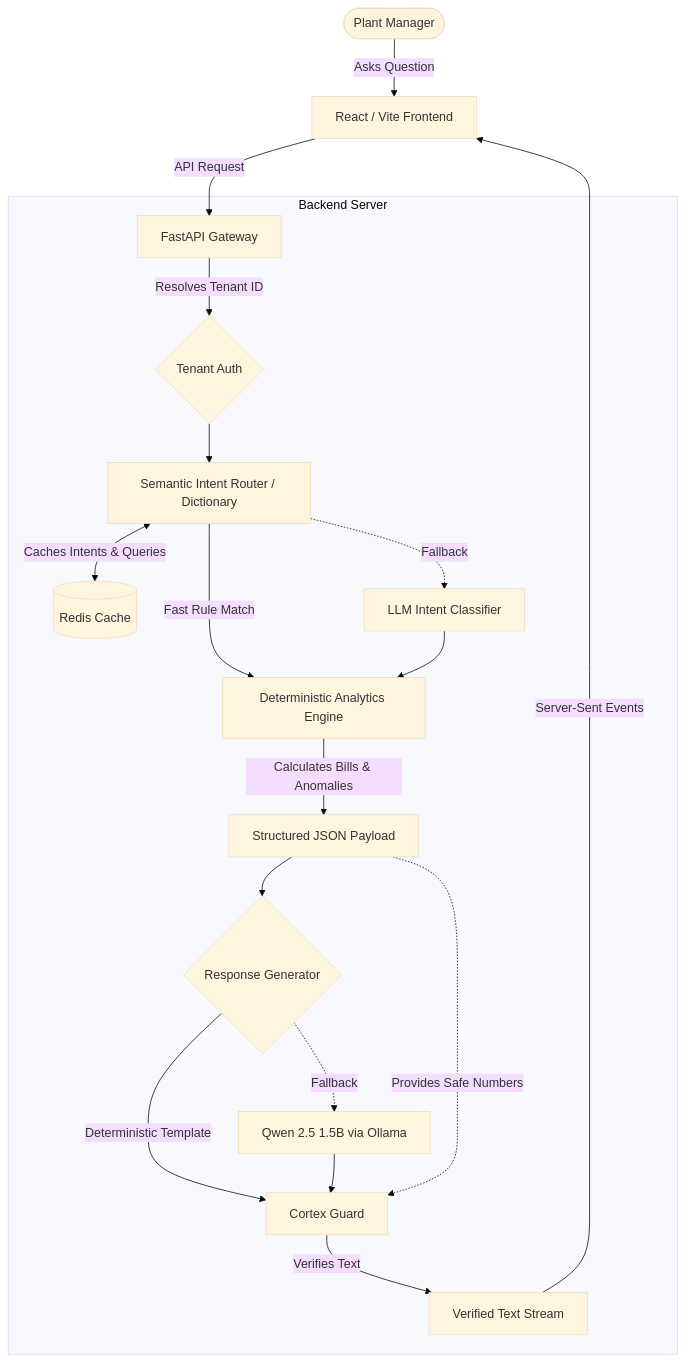
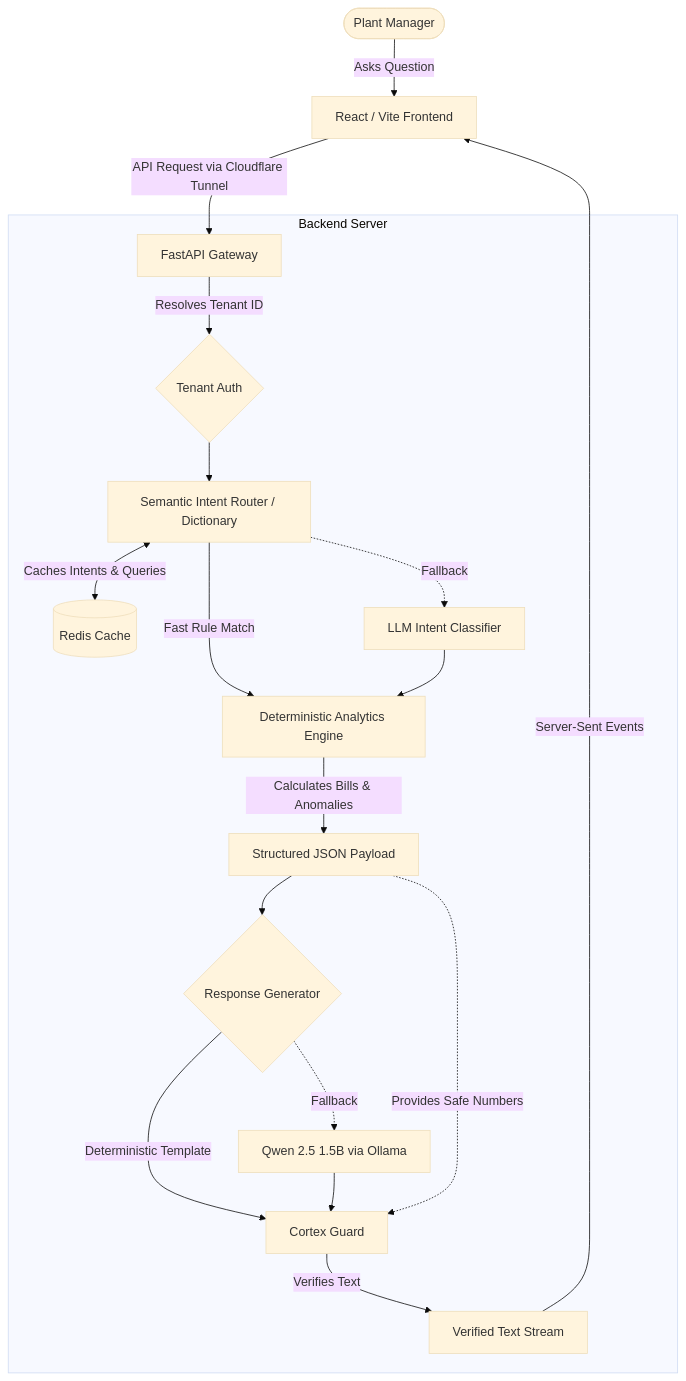
Before and after one commit to jaiyankargupta/CortexCopilot: the diagram in ARCHITECTURE.md, drawn with Mermaid (base theme). The commit also changed other lines of this file and 2 other files, not shown here.

````diff
--- a/ARCHITECTURE.md
+++ b/ARCHITECTURE.md
@@ -14,28 +14,28 @@
 ```mermaid
 graph TD
     User([Plant Manager]) -->|Asks Question| UI[React / Vite Frontend]
-    UI -->|API Request| Gateway[FastAPI Gateway]
+    UI -->|API Request via Cloudflare Tunnel| Gateway[FastAPI Gateway]
     
     subgraph Backend Server
         Gateway -->|Resolves Tenant ID| Auth{Tenant Auth}
         Auth --> Router[Semantic Intent Router / Dictionary]
         
         Router <-->|Caches Intents & Queries| Redis[(Redis Cache)]
         
         Router -->|Fast Rule Match| Engine[Deterministic Analytics Engine]
         Router -.->|Fallback| LLM_Class[LLM Intent Classifier]
         LLM_Class --> Engine
         
         Engine -->|Calculates Bills & Anomalies| Payload[Structured JSON Payload]
         
         Payload --> Gen{Response Generator}
         Gen -->|Deterministic Template| Guard[Cortex Guard]
         Gen -.->|Fallback| LLM[Qwen 2.5 1.5B via Ollama]
         LLM --> Guard
         
         Payload -.->|Provides Safe Numbers| Guard
         Guard -->|Verifies Text| Verified[Verified Text Stream]
     end
     
     Verified -->|Server-Sent Events| UI
 ```
````
